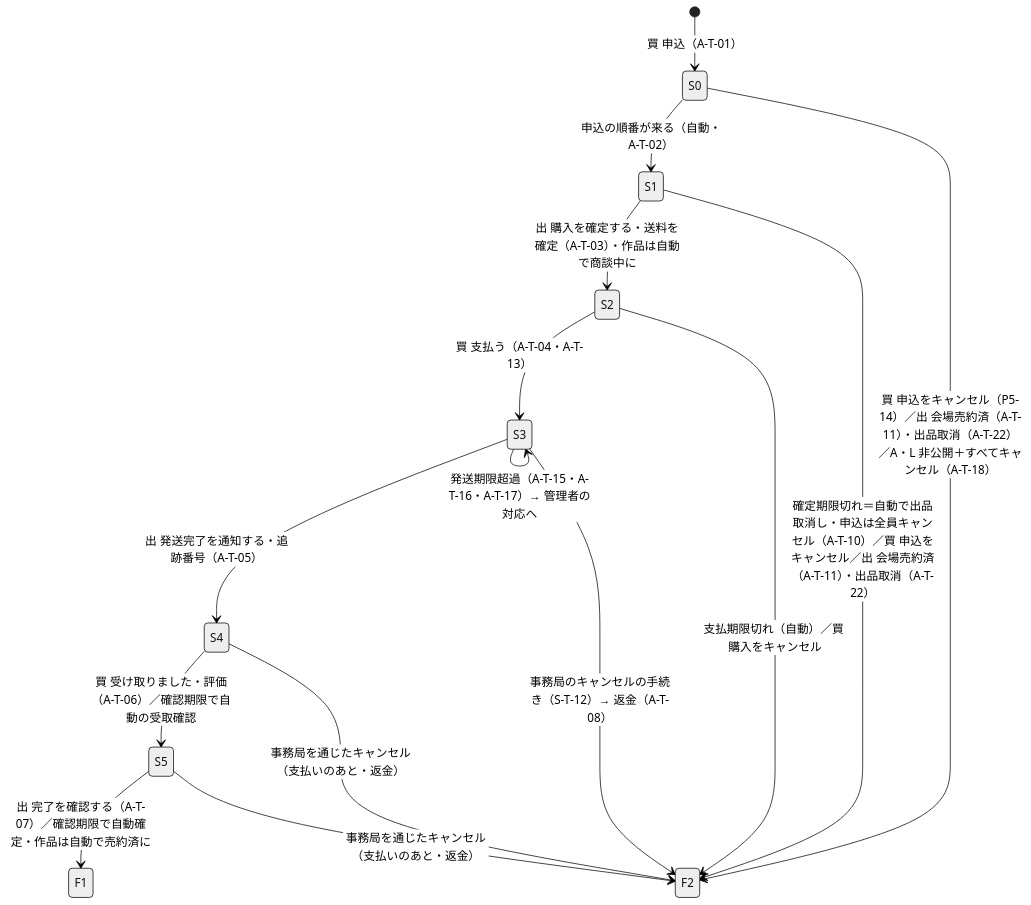
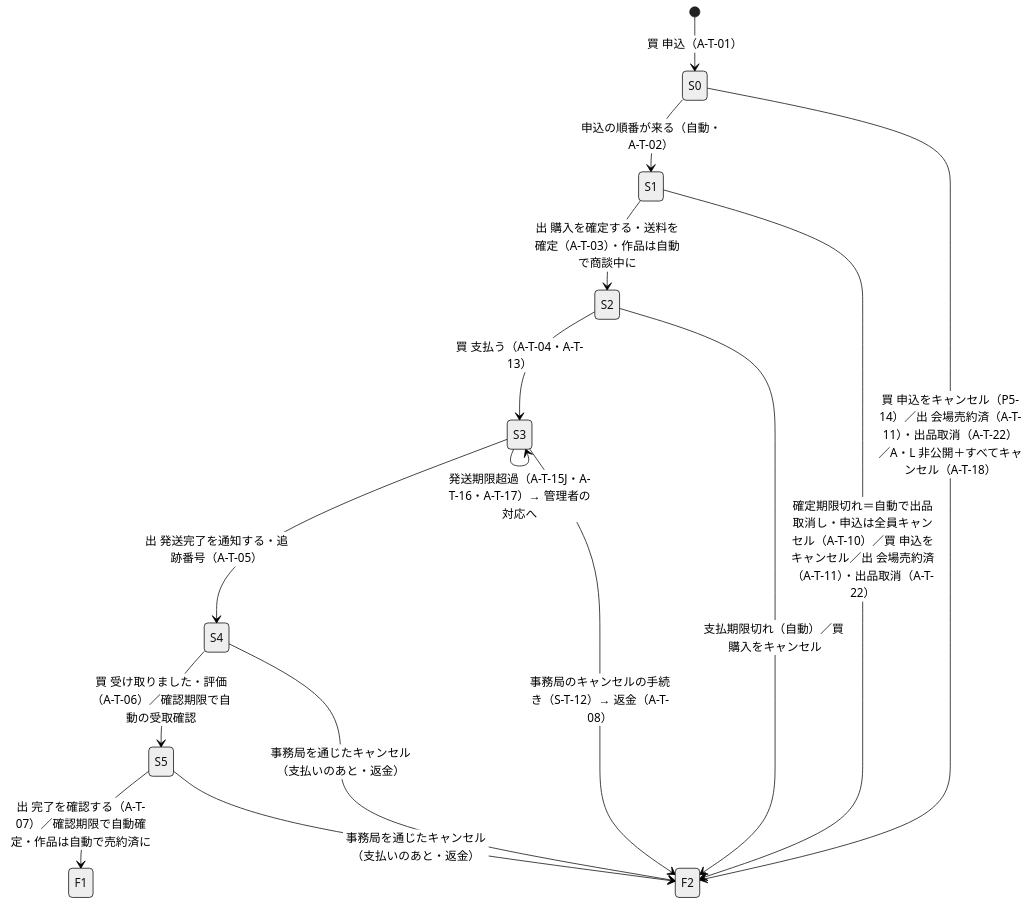
Before and after one commit to koten-baku/kotennavi-redesign: the second of 2 diagrams in docs/liaison-plus-flow.md, drawn with Mermaid (neutral theme). The commit also changed other lines of this file and 17 other files, not shown here.

````diff
--- a/docs/liaison-plus-flow.md
+++ b/docs/liaison-plus-flow.md
@@ -52,17 +53,17 @@
 ```mermaid
 stateDiagram-v2
   [*] --> S0: 買 申込（A-T-01）
   S0 --> S1: 申込の順番が来る（自動・A-T-02）
   S0 --> F2: 買 申込をキャンセル（P5-14）／出 会場売約済（A-T-11）・出品取消（A-T-22）／A・L 非公開＋すべてキャンセル（A-T-18）
   S1 --> S2: 出 購入を確定する・送料を確定（A-T-03）・作品は自動で商談中に
   S1 --> F2: 確定期限切れ＝自動で出品取消し・申込は全員キャンセル（A-T-10）／買 申込をキャンセル／出 会場売約済（A-T-11）・出品取消（A-T-22）
   S2 --> S3: 買 支払う（A-T-04・A-T-13）
   S2 --> F2: 支払期限切れ（自動）／買 購入をキャンセル
   S3 --> S4: 出 発送完了を通知する・追跡番号（A-T-05）
-  S3 --> S3: 発送期限超過（A-T-15・A-T-16・A-T-17）→ 管理者の対応へ
+  S3 --> S3: 発送期限超過（A-T-15J・A-T-16・A-T-17）→ 管理者の対応へ
   S3 --> F2: 事務局のキャンセルの手続き（S-T-12）→ 返金（A-T-08）
   S4 --> S5: 買 受け取りました・評価（A-T-06）／確認期限で自動の受取確認
   S5 --> F1: 出 完了を確認する（A-T-07）／確認期限で自動確定・作品は自動で売約済に
   S4 --> F2: 事務局を通じたキャンセル（支払いのあと・返金）
   S5 --> F2: 事務局を通じたキャンセル（支払いのあと・返金）
 ```
````
